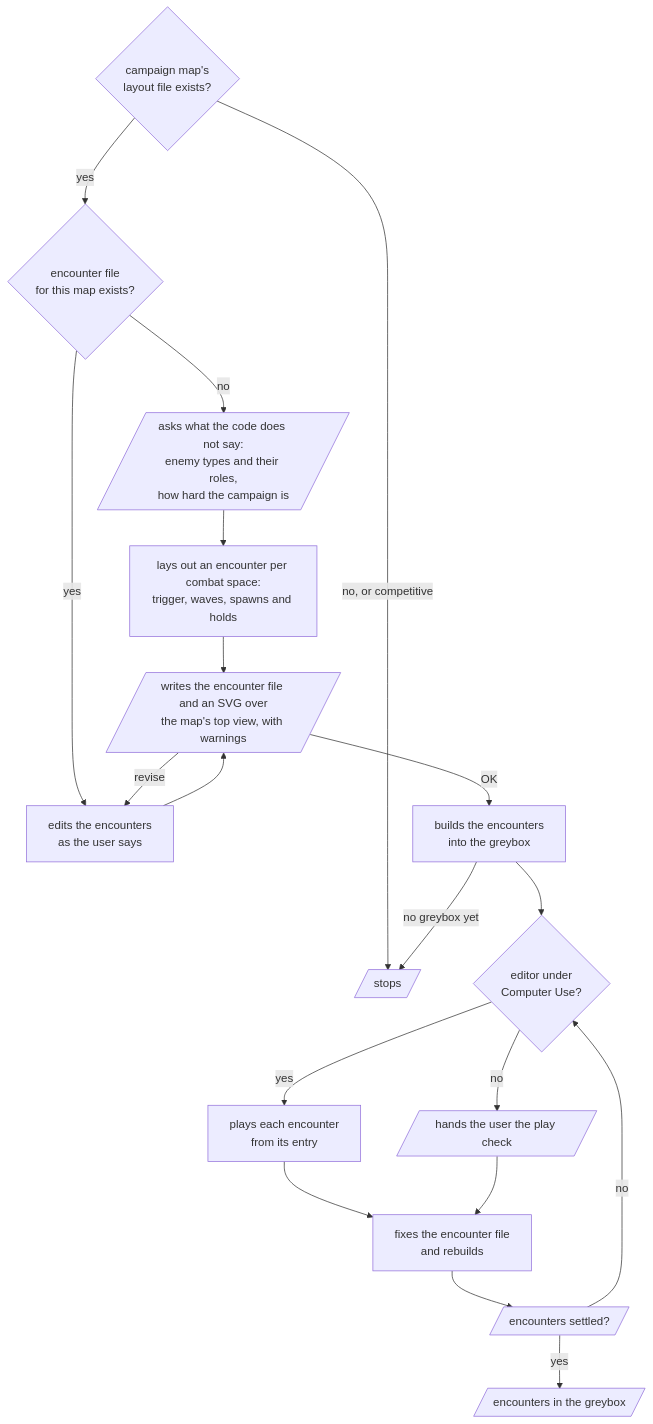
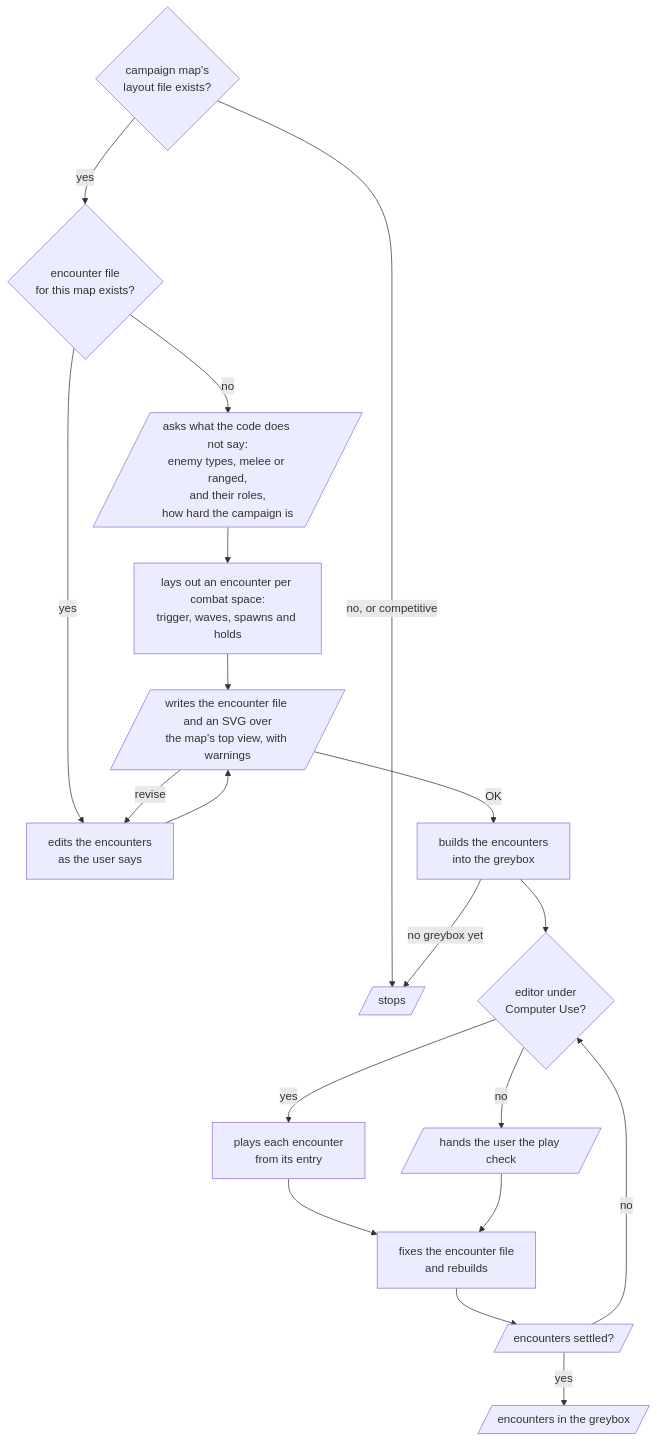
Before and after one commit to omni-stove/skill-kit: the diagram in domains/game/skills/shooter-encounter/README.md, drawn with Mermaid. The commit also changed 7 other files, not shown here.

````diff
--- a/domains/game/skills/shooter-encounter/README.md
+++ b/domains/game/skills/shooter-encounter/README.md
@@ -3,22 +3,22 @@
 ```mermaid
 flowchart TD
   start{campaign map's<br/>layout file exists?}
   start -- "no, or competitive" --> stop[/stops/]
   start -- "yes" --> exists{encounter file<br/>for this map exists?}
-  exists -- "no" --> ask[/asks what the code does not say:<br/>enemy types and their roles,<br/>how hard the campaign is/]
+  exists -- "no" --> ask[/asks what the code does not say:<br/>enemy types, melee or ranged,<br/>and their roles,<br/>how hard the campaign is/]
   ask --> write[lays out an encounter per combat space:<br/>trigger, waves, spawns and holds]
   exists -- "yes" --> edit[edits the encounters<br/>as the user says]
   write --> view
   edit --> view[/writes the encounter file and an SVG over<br/>the map's top view, with warnings/]
   view -- "revise" --> edit
   view -- "OK" --> build[builds the encounters<br/>into the greybox]
   build -- "no greybox yet" --> stop
   build --> how{editor under<br/>Computer Use?}
   how -- "yes" --> play[plays each encounter<br/>from its entry]
   how -- "no" --> hand[/hands the user the play check/]
   play --> fix[fixes the encounter file<br/>and rebuilds]
   hand --> fix
   fix --> settled[/encounters settled?/]
   settled -- "no" --> how
   settled -- "yes" --> done[/encounters in the greybox/]
 ```
````
